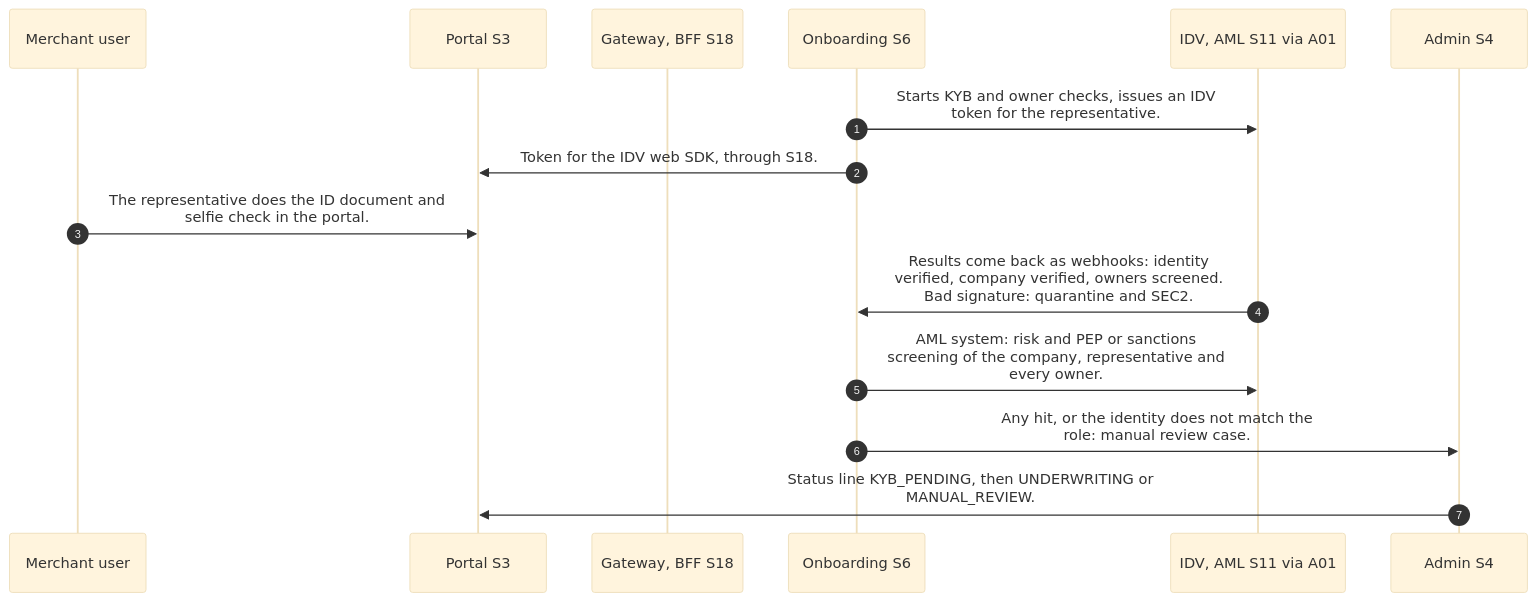
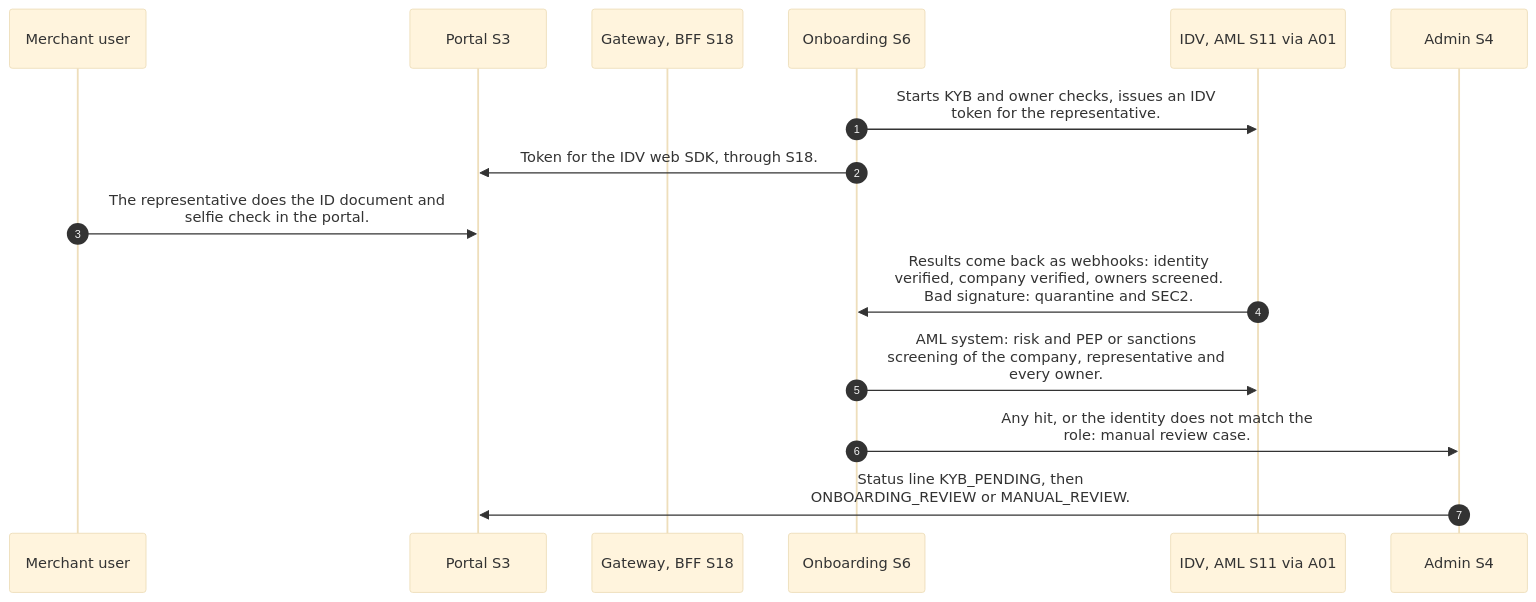
One commit to paytinno/merchant-portal-workflows changed the first of 2 diagrams in docs/workflows/MP-06-company-checks-identity-and-screening.md. Above: the diagram before and after it, drawn with Mermaid (base theme). The commit also changed other lines of this file and 20 other files, not shown here.

First line of the commit message:
Rename underwriting to onboarding review; high-risk sector checks

````diff
--- a/docs/workflows/MP-06-company-checks-identity-and-screening.md
+++ b/docs/workflows/MP-06-company-checks-identity-and-screening.md
@@ -22,17 +22,17 @@
 ```mermaid
 sequenceDiagram
   autonumber
   participant MER as Merchant user
   participant S3 as Portal S3
   participant S18 as Gateway, BFF S18
   participant S6 as Onboarding S6
   participant S11 as IDV, AML S11 via A01
   participant S4 as Admin S4
   S6->>S11: Starts KYB and owner checks, issues an IDV<br/>token for the representative.
   S6->>S3: Token for the IDV web SDK, through S18.
   MER->>S3: The representative does the ID document and<br/>selfie check in the portal.
   S11->>S6: Results come back as webhooks: identity<br/>verified, company verified, owners screened.<br/>Bad signature: quarantine and SEC2.
   S6->>S11: AML system: risk and PEP or sanctions<br/>screening of the company, representative and<br/>every owner.
   S6->>S4: Any hit, or the identity does not match the<br/>role: manual review case.
-  S4->>S3: Status line KYB_PENDING, then UNDERWRITING or<br/>MANUAL_REVIEW.
+  S4->>S3: Status line KYB_PENDING, then<br/>ONBOARDING_REVIEW or MANUAL_REVIEW.
 ```
````
